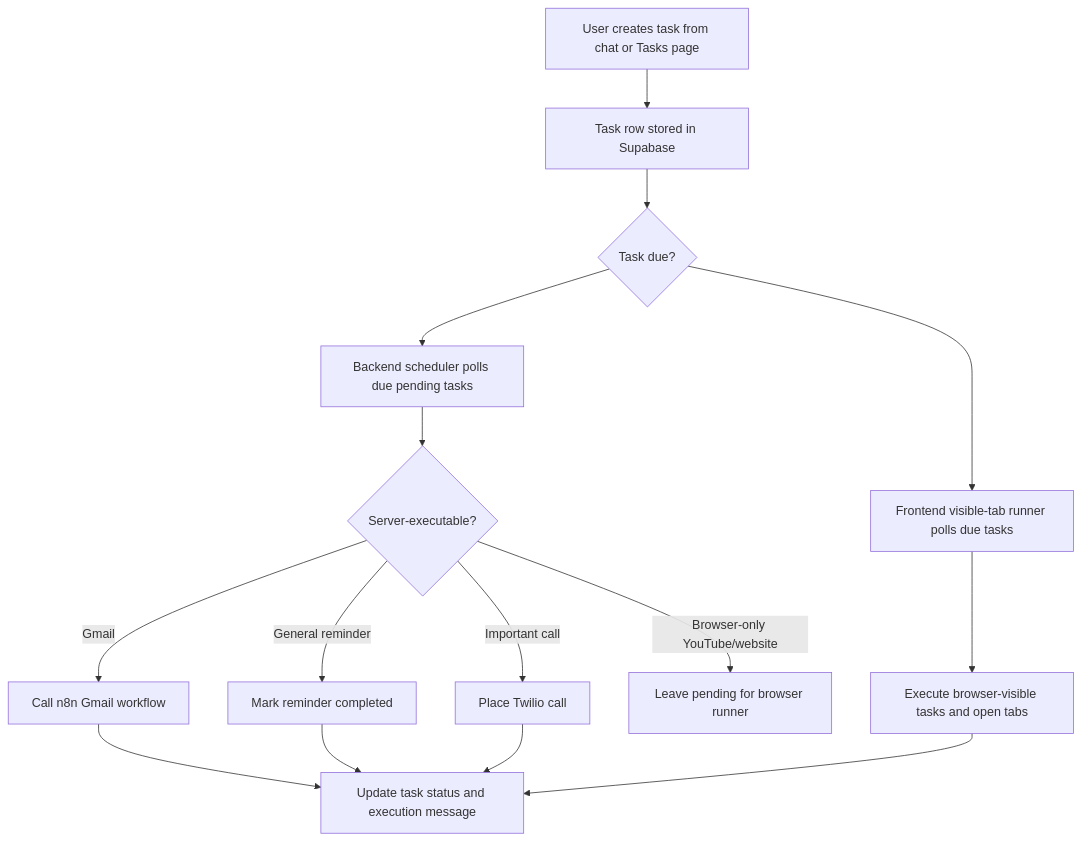
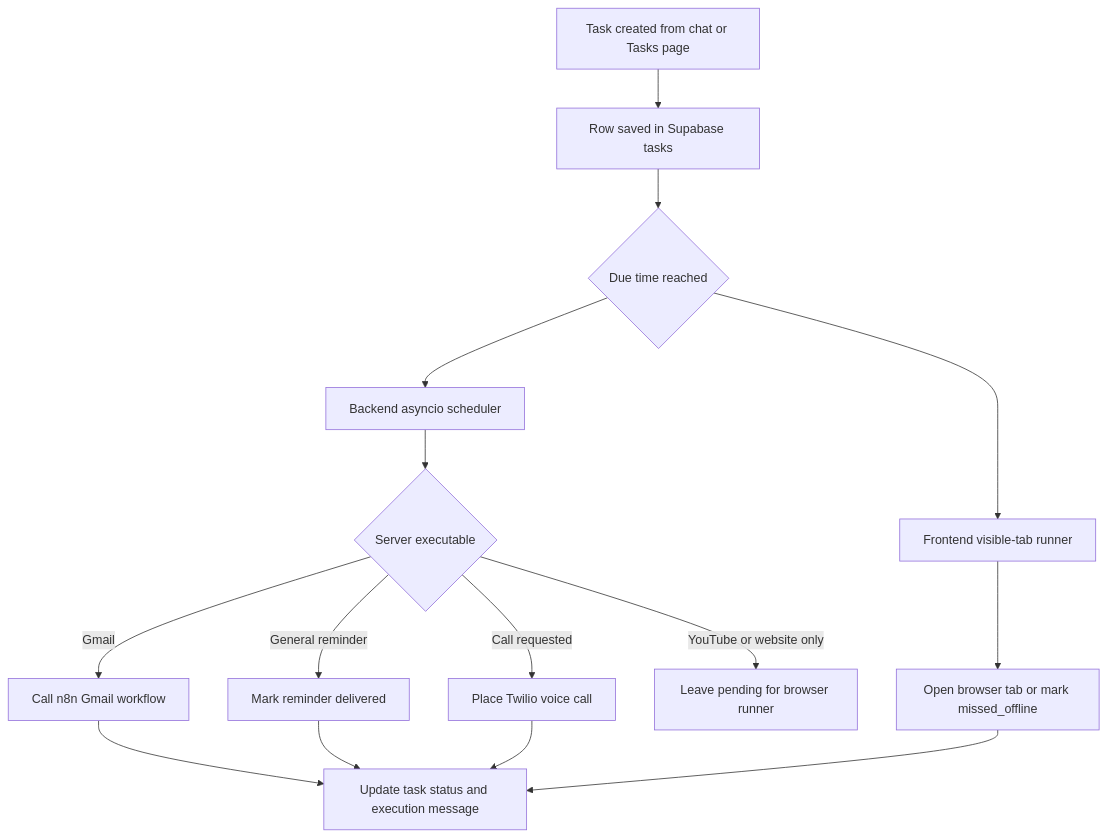
Before and after one commit to saikiranpulagalla/AgentCoolie: the third of 4 diagrams in README.md, drawn with Mermaid. The commit also changed other lines of this file and 48 other files, not shown here.

````diff
--- a/README.md
+++ b/README.md
@@ -83,17 +129,17 @@
 ```mermaid
 flowchart TD
-  A["User creates task from chat or Tasks page"] --> B["Task row stored in Supabase"]
-  B --> C{"Task due?"}
-  C --> D["Backend scheduler polls due pending tasks"]
-  C --> E["Frontend visible-tab runner polls due tasks"]
-  D --> F{"Server-executable?"}
+  A["Task created from chat or Tasks page"] --> B["Row saved in Supabase tasks"]
+  B --> C{"Due time reached"}
+  C --> D["Backend asyncio scheduler"]
+  C --> E["Frontend visible-tab runner"]
+  D --> F{"Server executable"}
   F -->|Gmail| G["Call n8n Gmail workflow"]
-  F -->|General reminder| H["Mark reminder completed"]
-  F -->|Important call| I["Place Twilio call"]
-  F -->|Browser-only YouTube/website| J["Leave pending for browser runner"]
-  E --> K["Execute browser-visible tasks and open tabs"]
+  F -->|General reminder| H["Mark reminder delivered"]
+  F -->|Call requested| I["Place Twilio voice call"]
+  F -->|YouTube or website only| J["Leave pending for browser runner"]
+  E --> K["Open browser tab or mark missed_offline"]
   G --> L["Update task status and execution message"]
   H --> L
   I --> L
   K --> L
 ```
````
